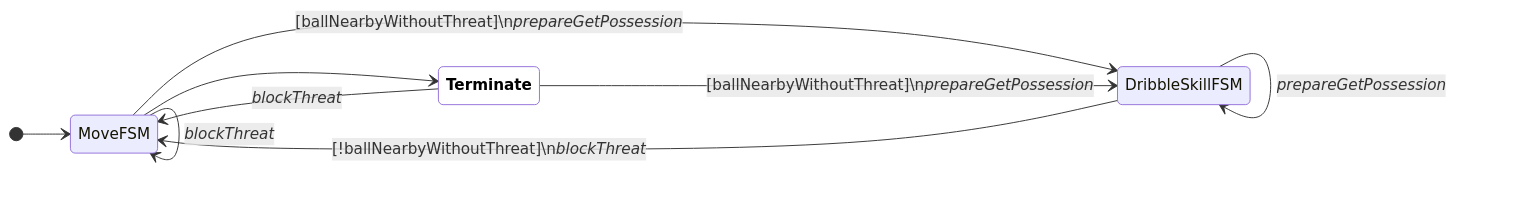
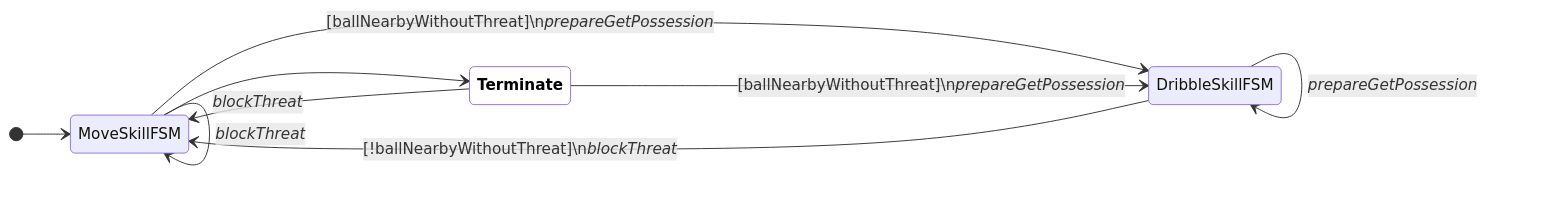
One commit to UBC-Thunderbots/Software changed diagram 18 of 24 in docs/fsm-diagrams.md. Above: the diagram before and after it, drawn with Mermaid. The commit also changed other lines of this file and 71 other files, not shown here.

Commit message:
Convert MoveTactic into MoveSkill

````diff
--- a/docs/fsm-diagrams.md
+++ b/docs/fsm-diagrams.md
@@ -302,15 +324,15 @@
 ```mermaid
 
 stateDiagram-v2
 classDef terminate fill:white,color:black,font-weight:bold
 direction LR
-[*] --> MoveFSM
-MoveFSM --> DribbleSkillFSM : [ballNearbyWithoutThreat]\n<i>prepareGetPossession</i>
-MoveFSM --> MoveFSM : <i>blockThreat</i>
-MoveFSM --> Terminate:::terminate
-DribbleSkillFSM --> MoveFSM : [!ballNearbyWithoutThreat]\n<i>blockThreat</i>
+[*] --> MoveSkillFSM
+MoveSkillFSM --> DribbleSkillFSM : [ballNearbyWithoutThreat]\n<i>prepareGetPossession</i>
+MoveSkillFSM --> MoveSkillFSM : <i>blockThreat</i>
+MoveSkillFSM --> Terminate:::terminate
+DribbleSkillFSM --> MoveSkillFSM : [!ballNearbyWithoutThreat]\n<i>blockThreat</i>
 DribbleSkillFSM --> DribbleSkillFSM : <i>prepareGetPossession</i>
 Terminate:::terminate --> DribbleSkillFSM : [ballNearbyWithoutThreat]\n<i>prepareGetPossession</i>
-Terminate:::terminate --> MoveFSM : <i>blockThreat</i>
+Terminate:::terminate --> MoveSkillFSM : <i>blockThreat</i>
 
 ```
````
